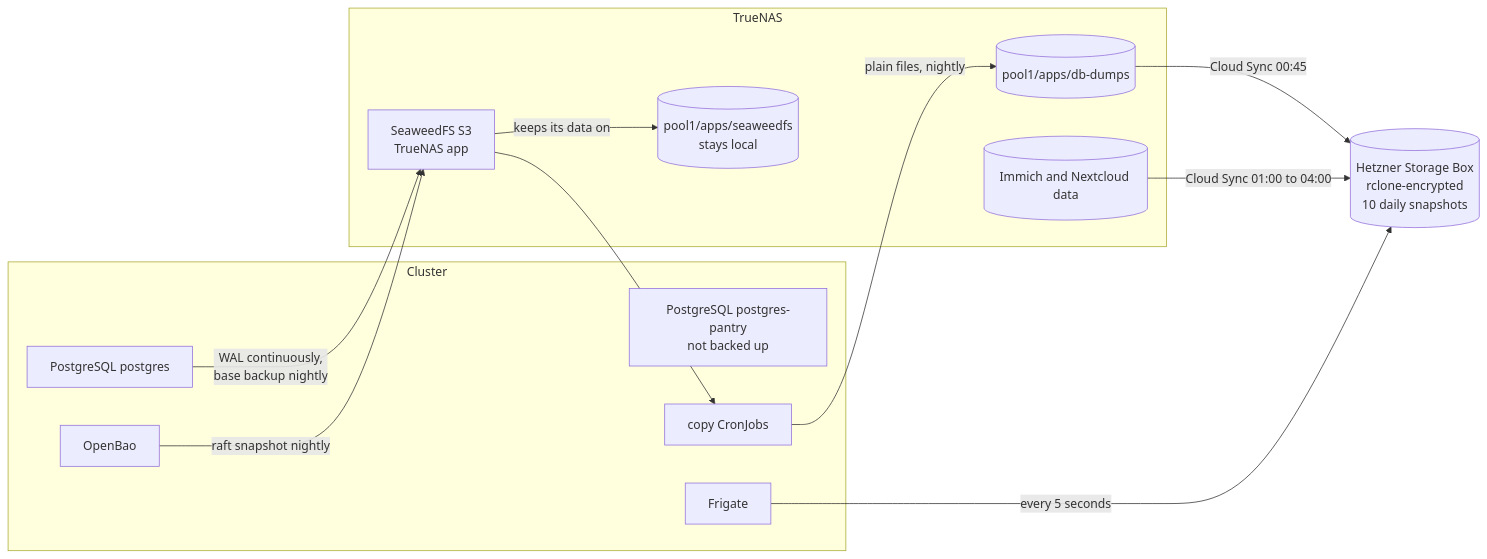
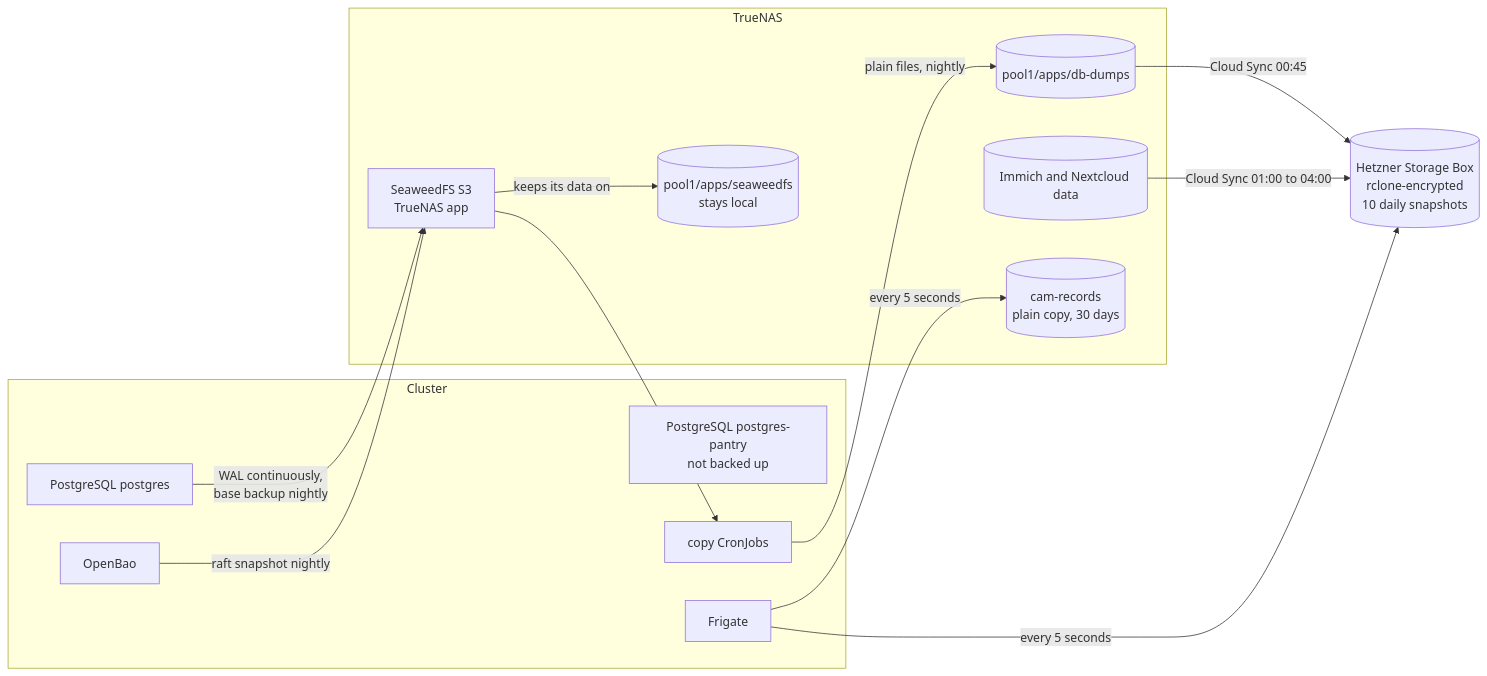
The fourth of 4 diagrams in docs/gitops.md (barissekerciler/homelab-infra), drawn with Mermaid before and after one commit. The commit also changed other lines of this file, not shown here.

Commit message:
Show Frigate's uploads, the Pi and the tenant's image automation in the diagrams

````diff
--- a/docs/gitops.md
+++ b/docs/gitops.md
@@ -405,25 +409,27 @@
 ```mermaid
 flowchart LR
   subgraph cluster["Cluster"]
     pg["PostgreSQL postgres"]
     pantry["PostgreSQL postgres-pantry<br/>not backed up"]
     bao["OpenBao"]
     copy["copy CronJobs"]
     frigate["Frigate"]
   end
   subgraph nas["TrueNAS"]
     s3["SeaweedFS S3<br/>TrueNAS app"]
     swdata[("pool1/apps/seaweedfs<br/>stays local")]
     dumps[("pool1/apps/db-dumps")]
     appdata[("Immich and Nextcloud data")]
+    camrec[("cam-records<br/>plain copy, 30 days")]
   end
   hz[("Hetzner Storage Box<br/>rclone-encrypted<br/>10 daily snapshots")]
 
   pg -- "WAL continuously,<br/>base backup nightly" --> s3
   bao -- "raft snapshot nightly" --> s3
   s3 -- "keeps its data on" --> swdata
   s3 --> copy -- "plain files, nightly" --> dumps
   dumps -- "Cloud Sync 00:45" --> hz
   appdata -- "Cloud Sync 01:00 to 04:00" --> hz
   frigate -- "every 5 seconds" --> hz
+  frigate -- "every 5 seconds" --> camrec
 ```
````
